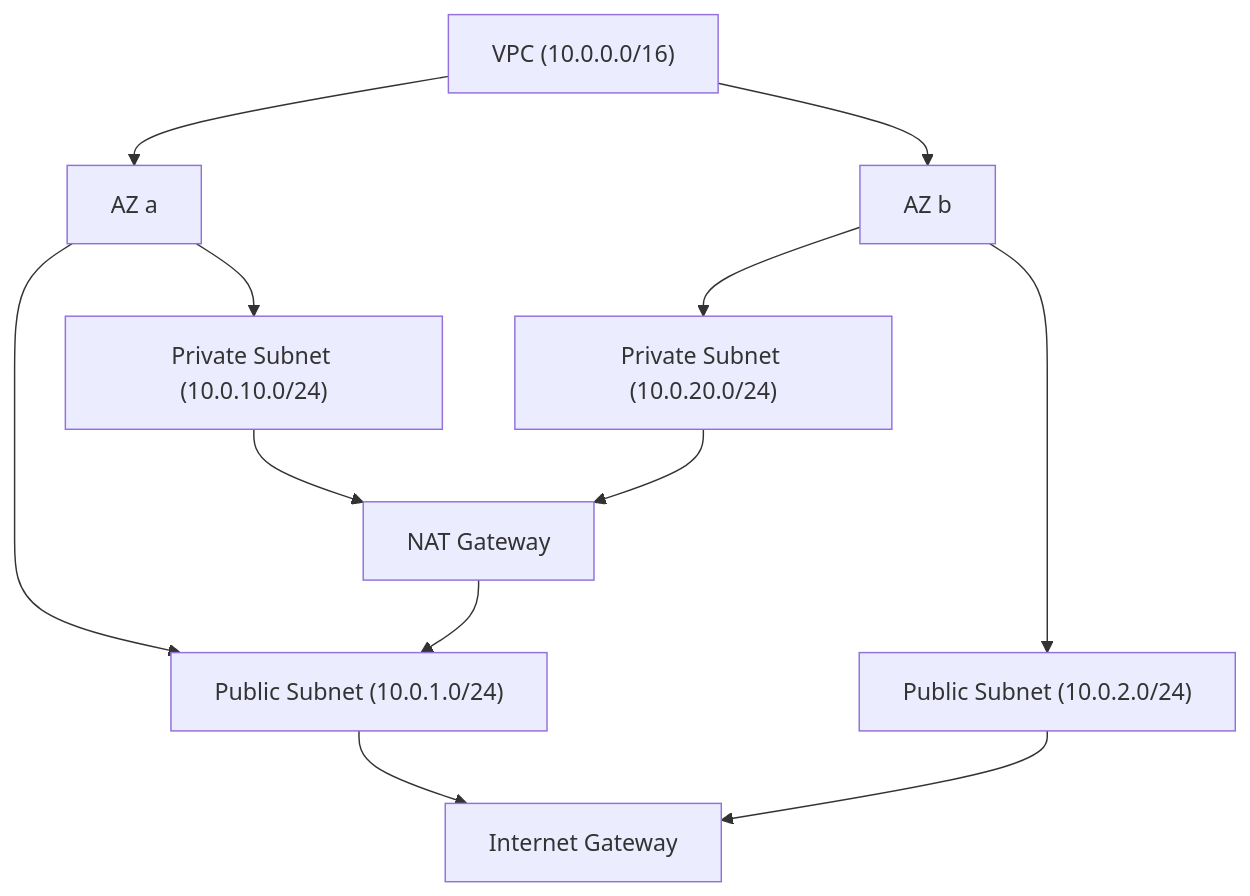
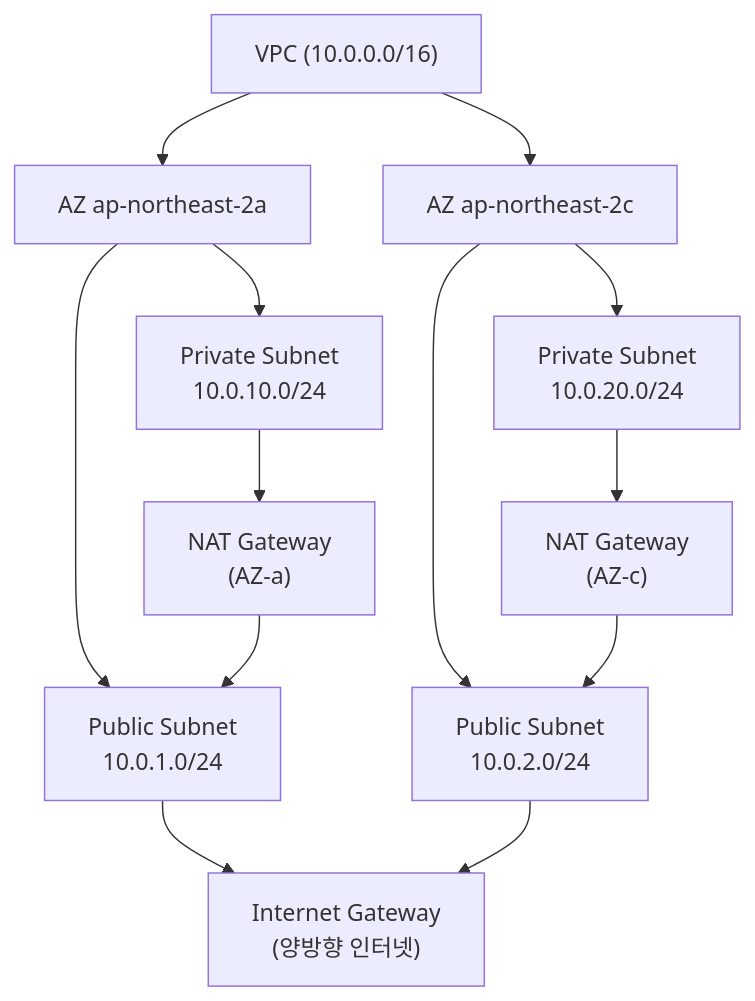
Before and after one commit to shinkeonkim/shinkeonkim.github.io: the first of 5 diagrams in src/content/wiki/cloud/aws-vpc.mdx, drawn with Mermaid. The commit also changed other lines of this file and 526 other files, not shown here.

First line of the commit message:
content(wiki): 전수조사 및 대규모 보강 (짧은 파일 0, mermaid +645)

````diff
--- a/src/content/wiki/cloud/aws-vpc.mdx
+++ b/src/content/wiki/cloud/aws-vpc.mdx
@@ -18,15 +20,16 @@
 ```mermaid
 flowchart TB
     VPC["VPC (10.0.0.0/16)"]
-    VPC --> AZa["AZ a"]
-    VPC --> AZb["AZ b"]
-    AZa --> PubA["Public Subnet (10.0.1.0/24)"]
-    AZa --> PrvA["Private Subnet (10.0.10.0/24)"]
-    AZb --> PubB["Public Subnet (10.0.2.0/24)"]
-    AZb --> PrvB["Private Subnet (10.0.20.0/24)"]
-    PubA --> IGW[Internet Gateway]
+    VPC --> AZa["AZ ap-northeast-2a"]
+    VPC --> AZb["AZ ap-northeast-2c"]
+    AZa --> PubA["Public Subnet\n10.0.1.0/24"]
+    AZa --> PrvA["Private Subnet\n10.0.10.0/24"]
+    AZb --> PubB["Public Subnet\n10.0.2.0/24"]
+    AZb --> PrvB["Private Subnet\n10.0.20.0/24"]
+    PubA --> IGW["Internet Gateway\n(양방향 인터넷)"]
     PubB --> IGW
-    PrvA --> NAT[NAT Gateway]
-    PrvB --> NAT
-    NAT --> PubA
+    PrvA --> NATA["NAT Gateway\n(AZ-a)"]
+    PrvB --> NATB["NAT Gateway\n(AZ-c)"]
+    NATA --> PubA
+    NATB --> PubB
 ```
````
